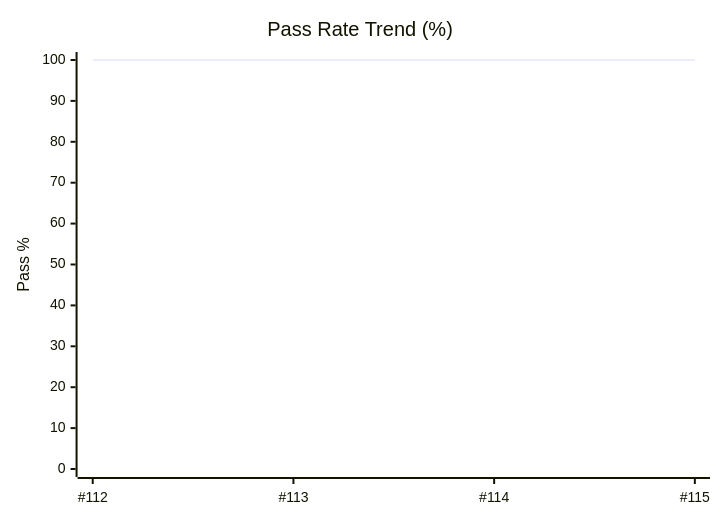
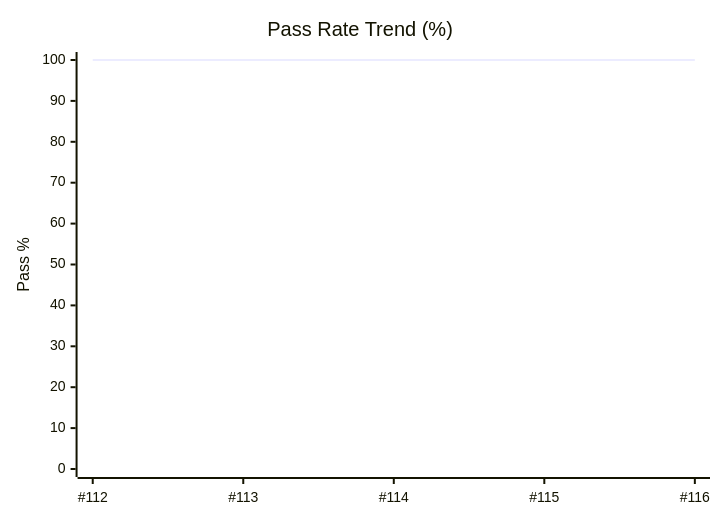
Before and after one commit to karimarie67/QA-boost: the diagram in dashboards/qa-metrics.md, drawn with Mermaid. The commit also changed other lines of this file and 2 other files, not shown here.

````diff
--- a/dashboards/qa-metrics.md
+++ b/dashboards/qa-metrics.md
@@ -24,7 +24,7 @@
 ```mermaid
 xychart-beta
     title "Pass Rate Trend (%)"
-    x-axis [#112, #113, #114, #115]
+    x-axis [#112, #113, #114, #115, #116]
     y-axis "Pass %" 0 --> 100
-    line [100.0, 100.0, 100.0, 100.0]
+    line [100.0, 100.0, 100.0, 100.0, 100.0]
 ```
````
